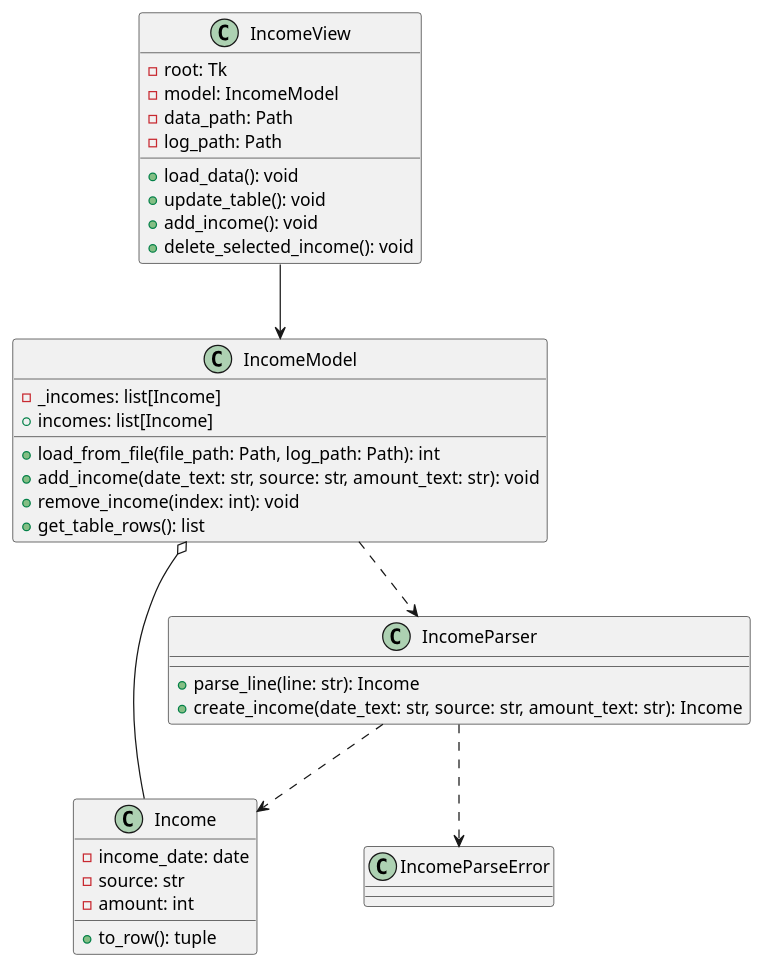
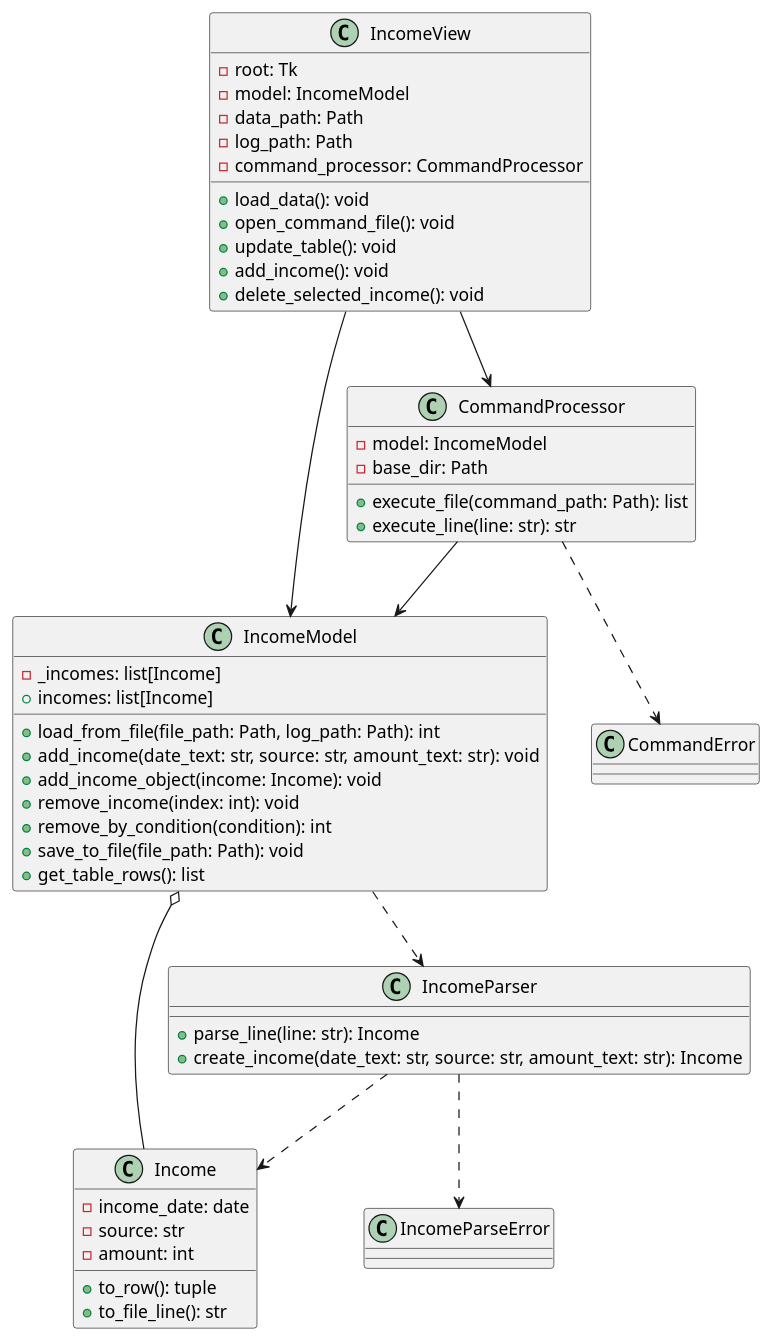
The diagram in uml.puml (sndl38/lab-reposit), drawn with PlantUML before and after one commit. The commit also changed 7 other files, not shown here.

```diff
--- a/uml.puml
+++ b/uml.puml
@@ -1,44 +1,63 @@
 @startuml
 
 class Income {
     - income_date: date
     - source: str
     - amount: int
     + to_row(): tuple
+    + to_file_line(): str
 }
 
 class IncomeParseError {
+}
+
+class CommandError {
 }
 
 class IncomeParser {
     + parse_line(line: str): Income
     + create_income(date_text: str, source: str, amount_text: str): Income
 }
 
 class IncomeModel {
     - _incomes: list[Income]
     + incomes: list[Income]
     + load_from_file(file_path: Path, log_path: Path): int
     + add_income(date_text: str, source: str, amount_text: str): void
+    + add_income_object(income: Income): void
     + remove_income(index: int): void
+    + remove_by_condition(condition): int
+    + save_to_file(file_path: Path): void
     + get_table_rows(): list
+}
+
+class CommandProcessor {
+    - model: IncomeModel
+    - base_dir: Path
+    + execute_file(command_path: Path): list
+    + execute_line(line: str): str
 }
 
 class IncomeView {
     - root: Tk
     - model: IncomeModel
     - data_path: Path
     - log_path: Path
+    - command_processor: CommandProcessor
     + load_data(): void
+    + open_command_file(): void
     + update_table(): void
     + add_income(): void
     + delete_selected_income(): void
 }
 
 IncomeParser ..> Income
 IncomeParser ..> IncomeParseError
 IncomeModel o-- Income
 IncomeModel ..> IncomeParser
+CommandProcessor --> IncomeModel
+CommandProcessor ..> CommandError
 IncomeView --> IncomeModel
+IncomeView --> CommandProcessor
 
 @enduml
```
